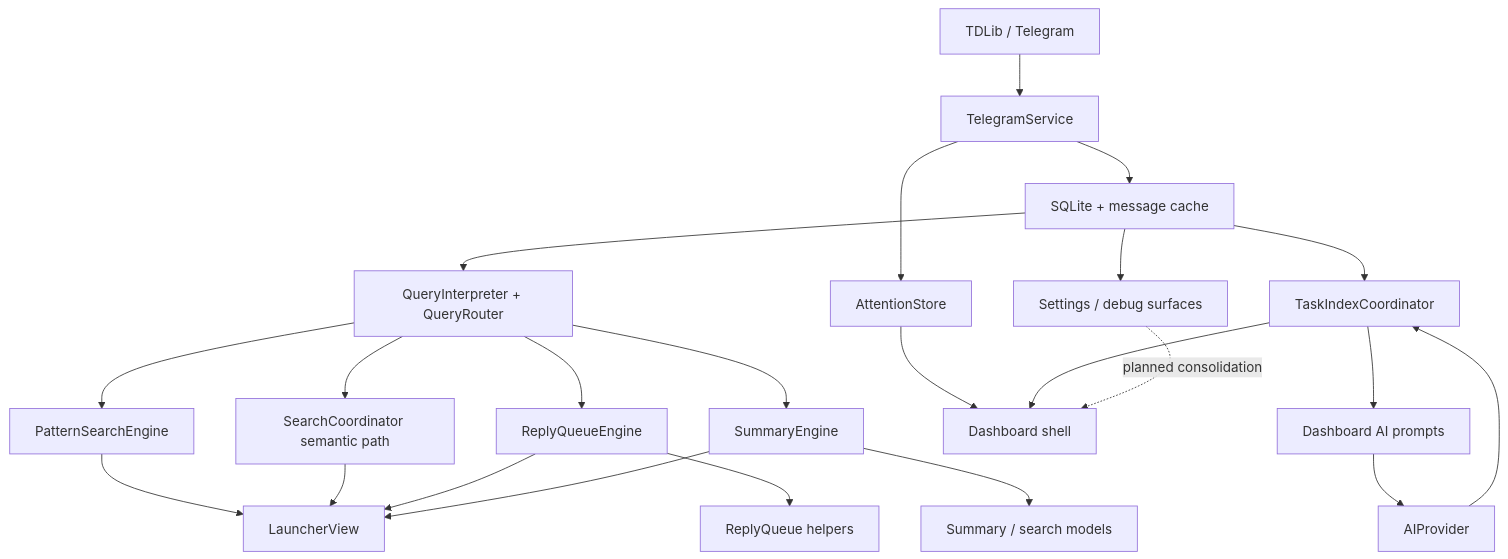
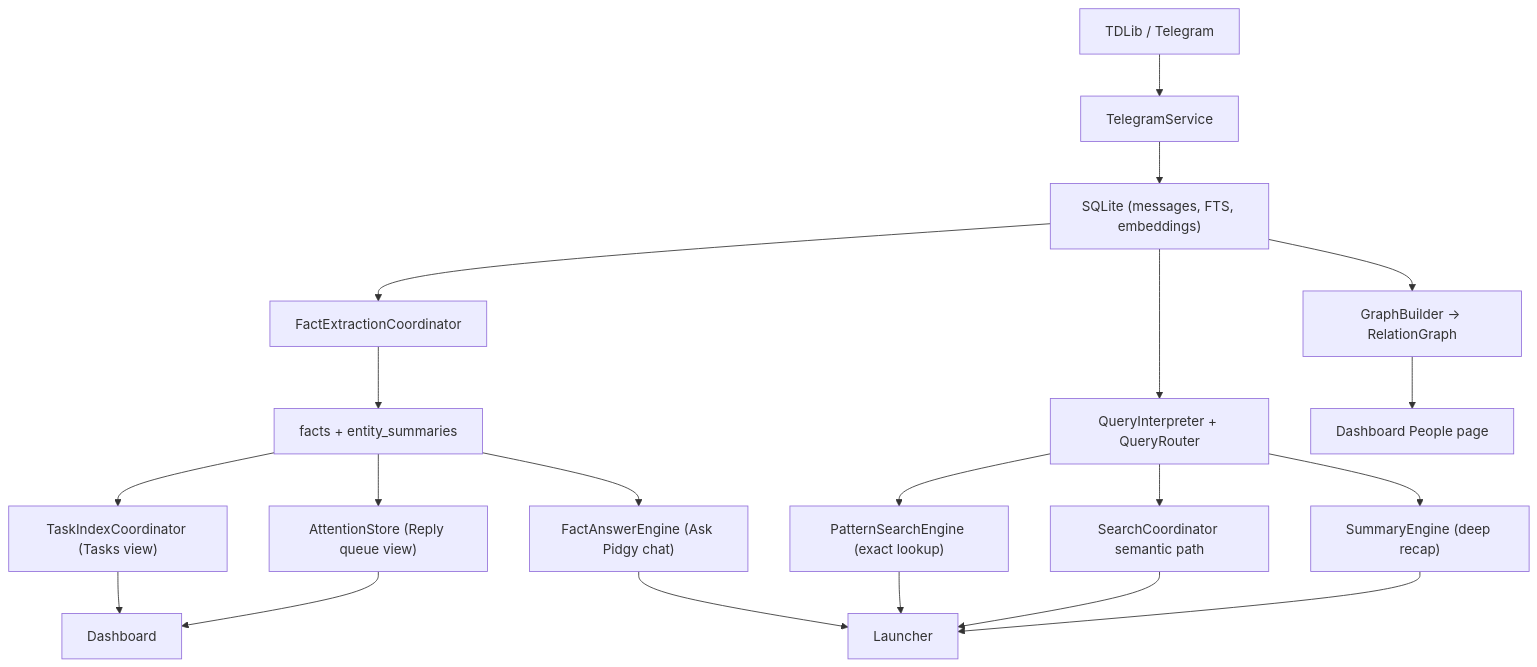
The diagram in docs/architecture.md (0xpratzyy/telegraham), drawn with Mermaid before and after one commit. The commit also changed other lines of this file and 19 other files, not shown here.

First line of the commit message:
Docs: rewrite for post-context-layer architecture, archive dated eval sheets

````diff
--- a/docs/architecture.md
+++ b/docs/architecture.md
@@ -17,25 +24,22 @@
 ```mermaid
 flowchart TD
     A["TDLib / Telegram"] --> B["TelegramService"]
-    B --> C["SQLite + message cache"]
+    B --> C["SQLite (messages, FTS, embeddings)"]
+    C --> X["FactExtractionCoordinator"]
+    X --> Y["facts + entity_summaries"]
+    Y --> T["TaskIndexCoordinator (Tasks view)"]
+    Y --> R["AttentionStore (Reply queue view)"]
+    Y --> AE["FactAnswerEngine (Ask Pidgy chat)"]
     C --> D["QueryInterpreter + QueryRouter"]
-    D --> E["PatternSearchEngine"]
+    D --> E["PatternSearchEngine (exact lookup)"]
     D --> F["SearchCoordinator semantic path"]
-    D --> G["ReplyQueueEngine"]
-    D --> H["SummaryEngine"]
-    C --> L["TaskIndexCoordinator"]
-    B --> M["AttentionStore"]
-    M --> N["Dashboard shell"]
-    L --> N
-    L --> O["Dashboard AI prompts"]
-    O --> P["AIProvider"]
-    P --> L
-    G --> I["ReplyQueue helpers"]
-    H --> I2["Summary / search models"]
-    E --> J["LauncherView"]
+    D --> H["SummaryEngine (deep recap)"]
+    T --> N["Dashboard"]
+    R --> N
+    AE --> J["Launcher"]
+    E --> J
     F --> J
-    G --> J
     H --> J
-    C --> K["Settings / debug surfaces"]
-    K -. "planned consolidation" .-> N
+    C --> G["GraphBuilder → RelationGraph"]
+    G --> P["Dashboard People page"]
 ```
````
